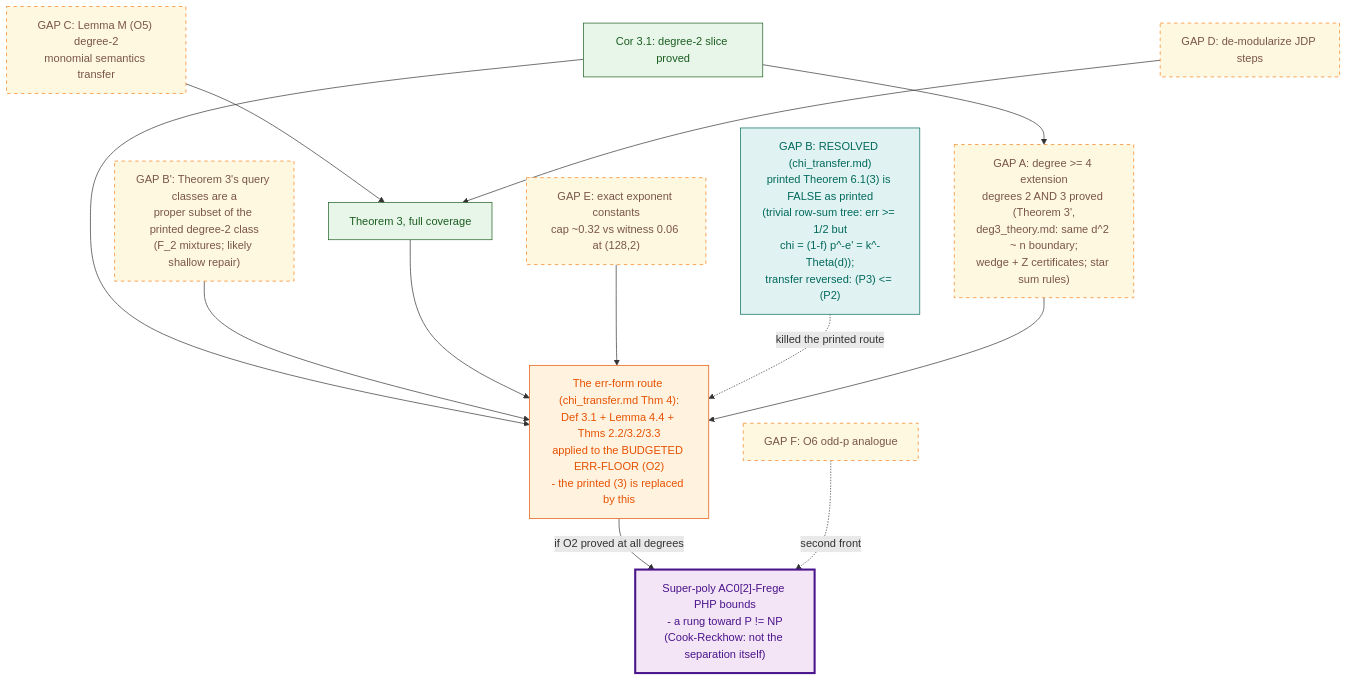
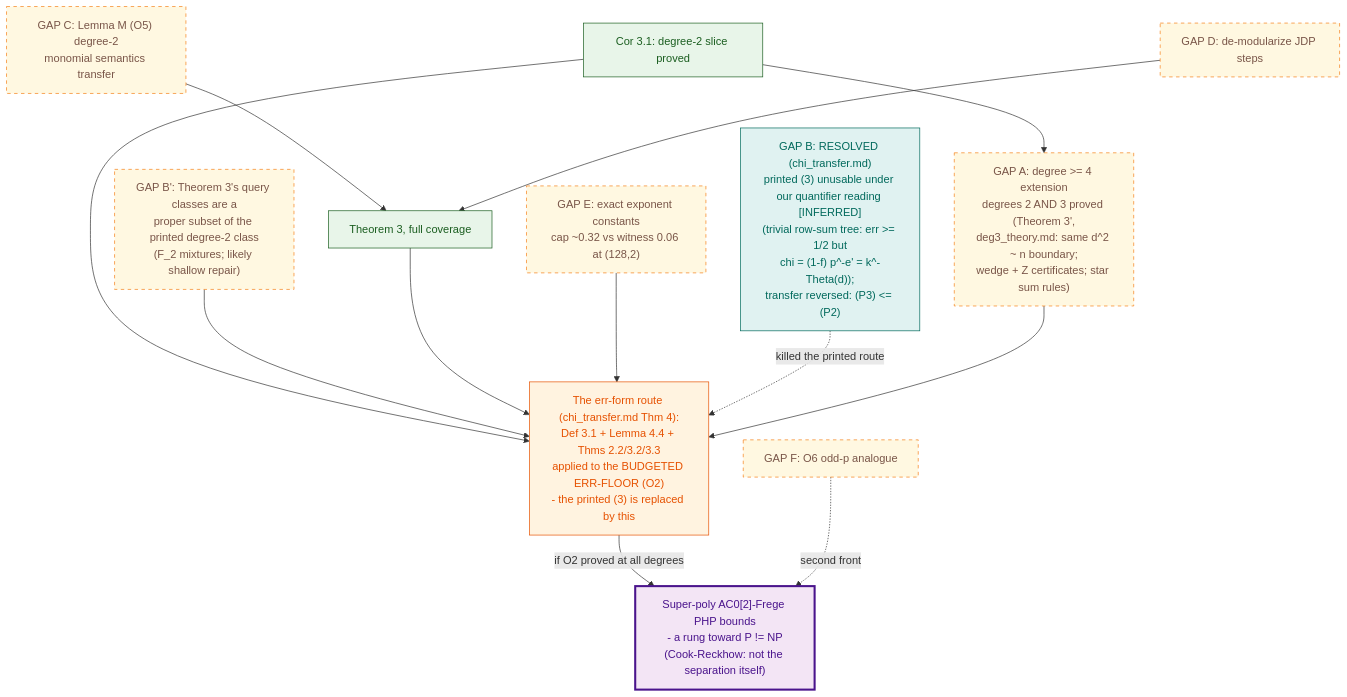
The third of 3 diagrams in docs/theorem_map.md (TomzxCode/p-np), drawn with Mermaid before and after one commit. The commit also changed 9 other files, not shown here.

````diff
--- a/docs/theorem_map.md
+++ b/docs/theorem_map.md
@@ -91,32 +91,32 @@
 ```mermaid
 flowchart TD
     COR31["Cor 3.1: degree-2 slice proved"]:::proved
     GAPD3["GAP A: degree >= 4 extension<br/>degrees 2 AND 3 proved (Theorem 3',<br/>deg3_theory.md: same d^2 ~ n boundary;<br/>wedge + Z certificates; star sum rules)"]:::gap
-    GAPB["GAP B: RESOLVED (chi_transfer.md)<br/>printed Theorem 6.1(3) is FALSE as printed<br/>(trivial row-sum tree: err >= 1/2 but<br/>chi = (1-f) p^-e' = k^-Theta(d));<br/>transfer reversed: (P3) <= (P2)"]:::resolved
+    GAPB["GAP B: RESOLVED (chi_transfer.md)<br/>printed (3) unusable under our quantifier reading [INFERRED]<br/>(trivial row-sum tree: err >= 1/2 but<br/>chi = (1-f) p^-e' = k^-Theta(d));<br/>transfer reversed: (P3) <= (P2)"]:::resolved
     MIX["GAP B': Theorem 3's query classes are a<br/>proper subset of the printed degree-2 class<br/>(F_2 mixtures; likely shallow repair)"]:::gap
     GAPLM["GAP C: Lemma M (O5) degree-2<br/>monomial semantics transfer"]:::gap
     GAPJDP["GAP D: de-modularize JDP steps"]:::gap
     GAPCST["GAP E: exact exponent constants<br/>cap ~0.32 vs witness 0.06 at (128,2)"]:::gap
     GAPO6["GAP F: O6 odd-p analogue"]:::gap
     ROUTE["The err-form route (chi_transfer.md Thm 4):<br/>Def 3.1 + Lemma 4.4 + Thms 2.2/3.2/3.3<br/>applied to the BUDGETED ERR-FLOOR (O2)<br/>- the printed (3) is replaced by this"]:::cond
     OBJ["Super-poly AC0[2]-Frege PHP bounds<br/>- a rung toward P != NP<br/>(Cook-Reckhow: not the separation itself)"]:::goal
 
     COR31 --> GAPD3
     COR31 --> ROUTE
     MIX --> ROUTE
     TH3X["Theorem 3, full coverage"]:::proved
     GAPLM --> TH3X
     GAPJDP --> TH3X
     TH3X --> ROUTE
     GAPCST --> ROUTE
     GAPB -.->|killed the printed route| ROUTE
     GAPD3 --> ROUTE
     ROUTE -->|"if O2 proved at all degrees"| OBJ
     GAPO6 -.->|second front| OBJ
 
     classDef proved fill:#e8f5e9,stroke:#1b5e20,color:#1b5e20
     classDef gap fill:#fff8e1,stroke:#f57f17,color:#795548,stroke-dasharray: 5 5
     classDef resolved fill:#e0f2f1,stroke:#00695c,color:#00695c
     classDef cond fill:#fff3e0,stroke:#e65100,color:#e65100
     classDef goal fill:#f3e5f5,stroke:#4a148c,color:#4a148c,stroke-width:3px
 ```
````
